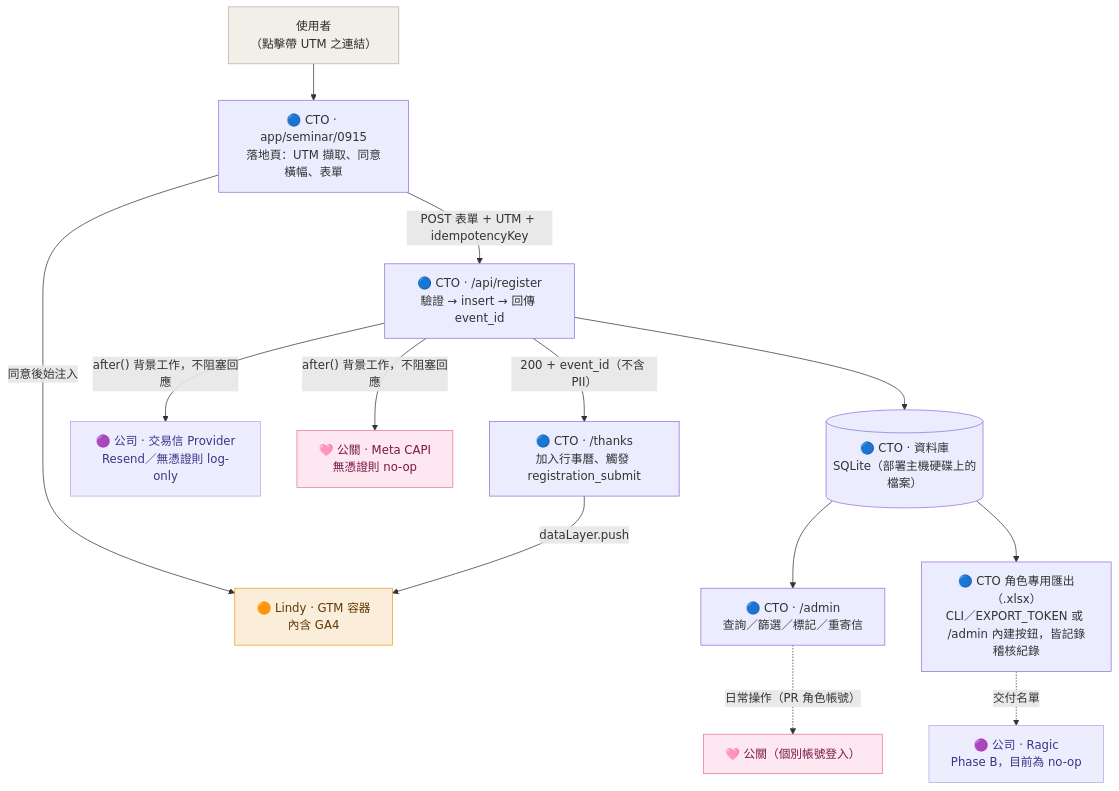
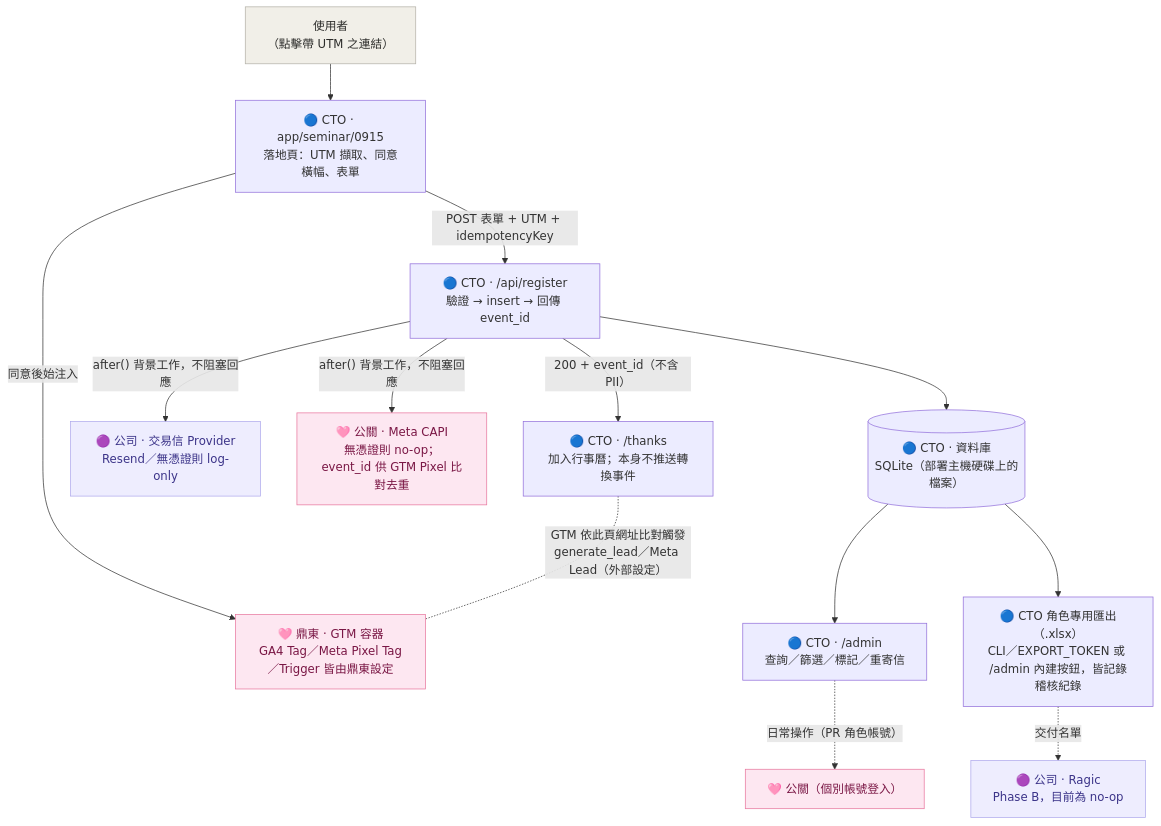
The diagram in README.md (cawu-ii/agatha-seminar-0915), drawn with Mermaid before and after one commit. The commit also changed other lines of this file and 14 other files, not shown here.

````diff
--- a/README.md
+++ b/README.md
@@ -102,21 +104,20 @@
 ```mermaid
 flowchart TD
   U["使用者<br/>（點擊帶 UTM 之連結）"]:::ext
   U --> LP["🔵 CTO · app/seminar/0915<br/>落地頁：UTM 擷取、同意橫幅、表單"]
-  LP -->|"同意後始注入"| GTM["🟠 Lindy · GTM 容器<br/>內含 GA4"]:::lindy
+  LP -->|"同意後始注入"| GTM["🩷 鼎東 · GTM 容器<br/>GA4 Tag／Meta Pixel Tag／Trigger 皆由鼎東設定"]:::pr
   LP -->|"POST 表單 + UTM + idempotencyKey"| API["🔵 CTO · /api/register<br/>驗證 → insert → 回傳 event_id"]
   API --> DB[("🔵 CTO · 資料庫<br/>SQLite（部署主機硬碟上的檔案）")]
   API -->|"after() 背景工作，不阻塞回應"| MAIL["🟣 公司 · 交易信 Provider<br/>Resend／無憑證則 log-only"]:::company
-  API -->|"after() 背景工作，不阻塞回應"| META["🩷 公關 · Meta CAPI<br/>無憑證則 no-op"]:::pr
-  API -->|"200 + event_id（不含 PII）"| THX["🔵 CTO · /thanks<br/>加入行事曆、觸發 registration_submit"]
-  THX -->|"dataLayer.push"| GTM
+  API -->|"after() 背景工作，不阻塞回應"| META["🩷 公關 · Meta CAPI<br/>無憑證則 no-op；event_id 供 GTM Pixel 比對去重"]:::pr
+  API -->|"200 + event_id（不含 PII）"| THX["🔵 CTO · /thanks<br/>加入行事曆；本身不推送轉換事件"]
+  THX -.-|"GTM 依此頁網址比對觸發<br/>generate_lead／Meta Lead（外部設定）"| GTM
   DB --> ADMIN["🔵 CTO · /admin<br/>查詢／篩選／標記／重寄信"]
   ADMIN -.日常操作（PR 角色帳號）.-> PRUSER["🩷 公關（個別帳號登入）"]:::pr
   DB --> EXPORT["🔵 CTO 角色專用匯出（.xlsx）<br/>CLI／EXPORT_TOKEN 或 /admin 內建按鈕，皆記錄稽核紀錄"]
   EXPORT -.交付名單.-> RAGIC["🟣 公司 · Ragic<br/>Phase B，目前為 no-op"]:::company
 
   classDef ext fill:#F1EFE8,stroke:#B4B2A9,color:#2C2C2A;
-  classDef lindy fill:#FAEEDA,stroke:#EF9F27,color:#633806;
   classDef pr fill:#FDE7F1,stroke:#E8779E,color:#7A1745;
   classDef company fill:#EEEDFE,stroke:#AFA9EC,color:#3C3489;
 ```
````
